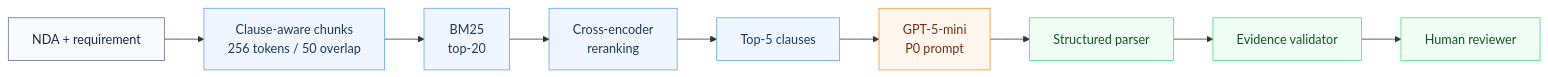
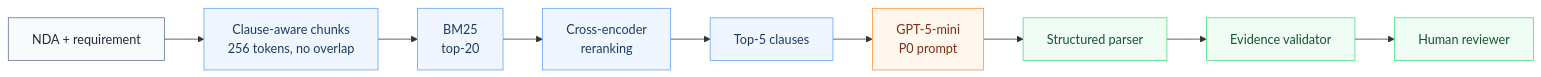
The diagram in README.md (AsmithaUbaid/ndatrace), drawn with Mermaid before and after one commit. The commit also changed other lines of this file and 21 other files, not shown here.

````diff
--- a/README.md
+++ b/README.md
@@ -55,20 +57,20 @@
 ```mermaid
 flowchart LR
-    A[NDA + requirement] --> B[Clause-aware chunks<br/>256 tokens / 50 overlap]
+    A[NDA + requirement] --> B[Clause-aware chunks<br/>256 tokens, no overlap]
     B --> C[BM25<br/>top-20]
     C --> D[Cross-encoder<br/>reranking]
     D --> E[Top-5 clauses]
     E --> F[GPT-5-mini<br/>P0 prompt]
     F --> G[Structured parser]
     G --> H[Evidence validator]
     H --> I[Human reviewer]
 
     classDef input fill:#f8fafc,stroke:#64748b,color:#1f2937;
     classDef retrieval fill:#eff6ff,stroke:#60a5fa,color:#1e3a5f;
     classDef model fill:#fff7ed,stroke:#fb923c,color:#7c2d12;
     classDef control fill:#f0fdf4,stroke:#4ade80,color:#14532d;
     class A input;
     class B,C,D,E retrieval;
     class F model;
     class G,H,I control;
 ```
````
